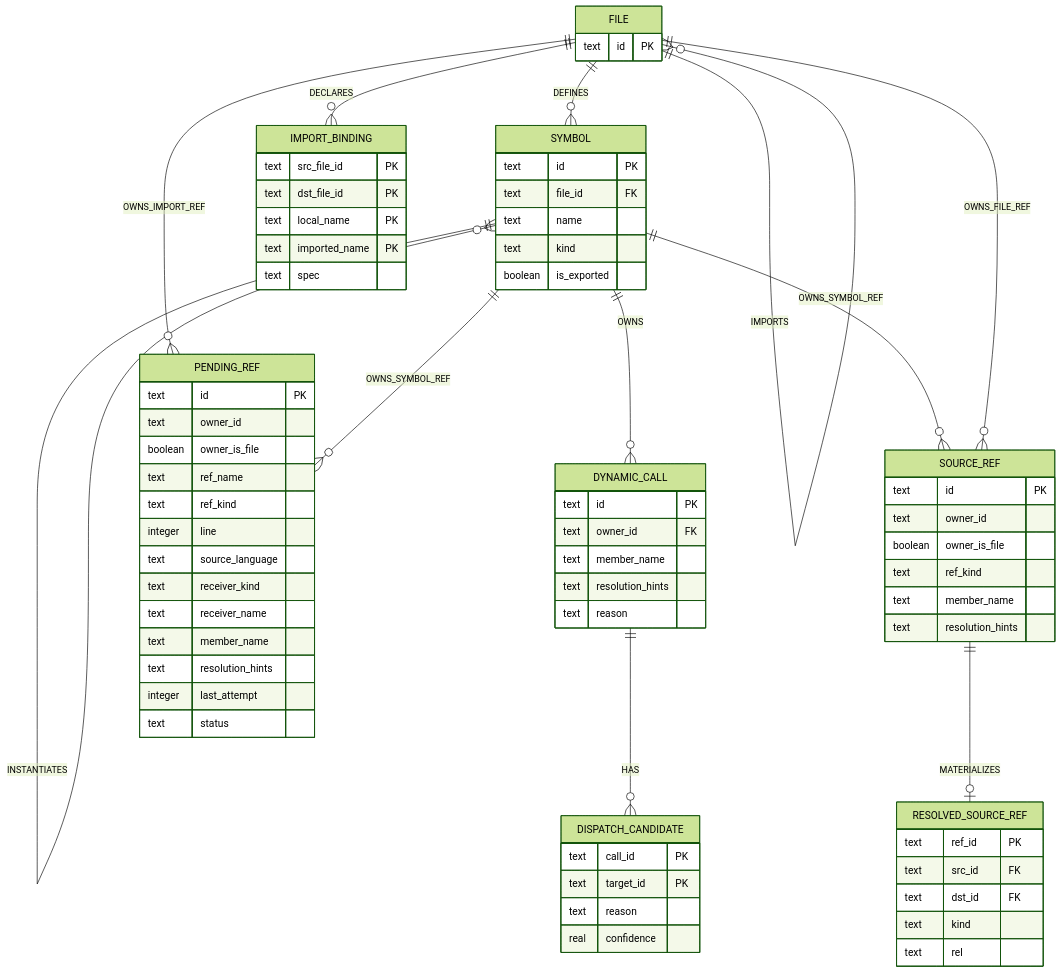
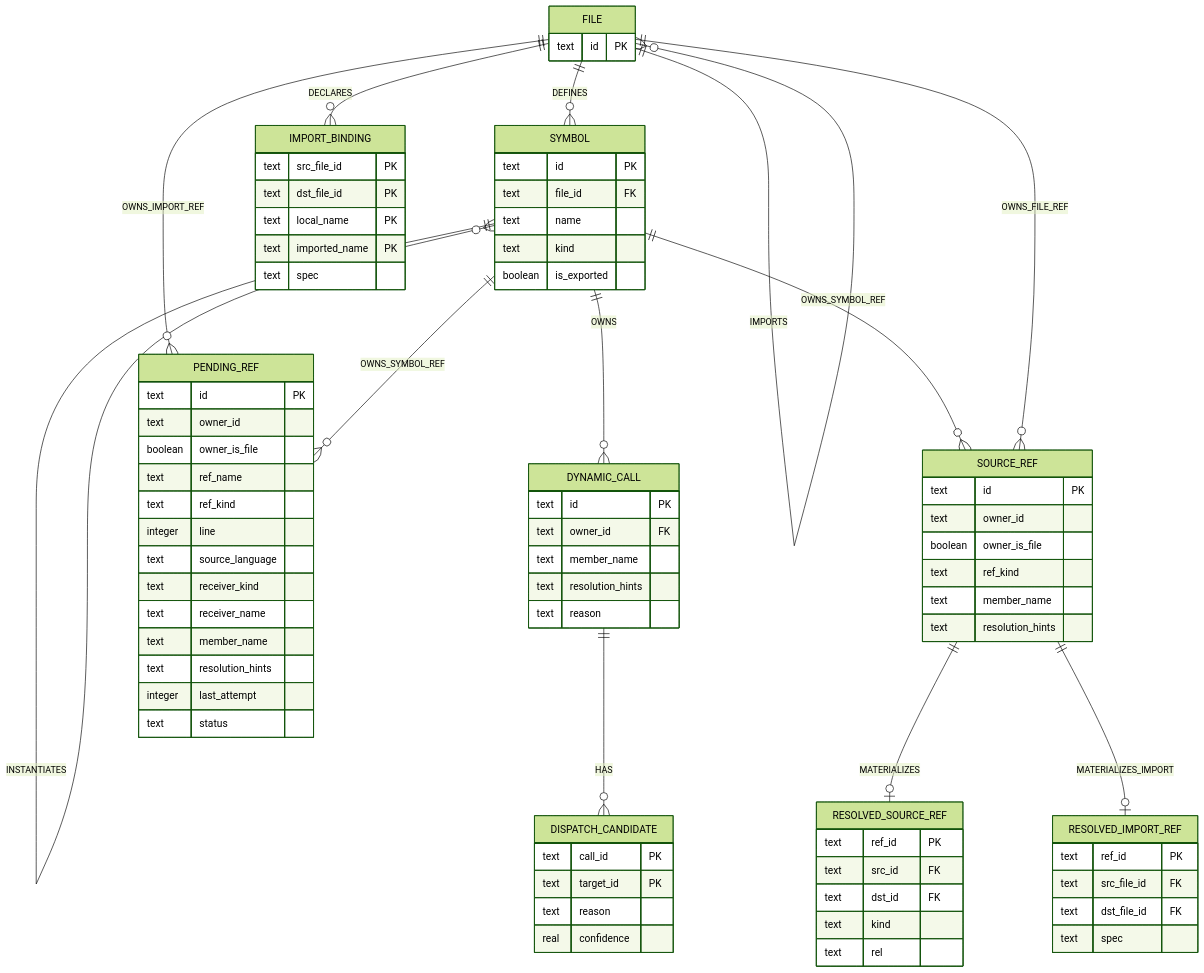
One commit to liulx20/zvec-grep changed the diagram in docs/09-graph.md. Above: the diagram before and after it, drawn with Mermaid (forest theme). The commit also changed other lines of this file and 5 other files, not shown here.

Commit message:
refactor: unify graph reference projections

````diff
--- a/docs/09-graph.md
+++ b/docs/09-graph.md
@@ -111,6 +111,7 @@
   SYMBOL ||--o{ SOURCE_REF : OWNS_SYMBOL_REF
   FILE ||--o{ SOURCE_REF : OWNS_FILE_REF
   SOURCE_REF ||--o| RESOLVED_SOURCE_REF : MATERIALIZES
+  SOURCE_REF ||--o| RESOLVED_IMPORT_REF : MATERIALIZES_IMPORT
   FILE ||--o{ PENDING_REF : OWNS_IMPORT_REF
   SYMBOL ||--o{ PENDING_REF : OWNS_SYMBOL_REF
 
@@ -174,4 +175,10 @@
     text kind
     text rel
   }
+  RESOLVED_IMPORT_REF {
+    text ref_id PK
+    text src_file_id FK
+    text dst_file_id FK
+    text spec
+  }
 ```
````
